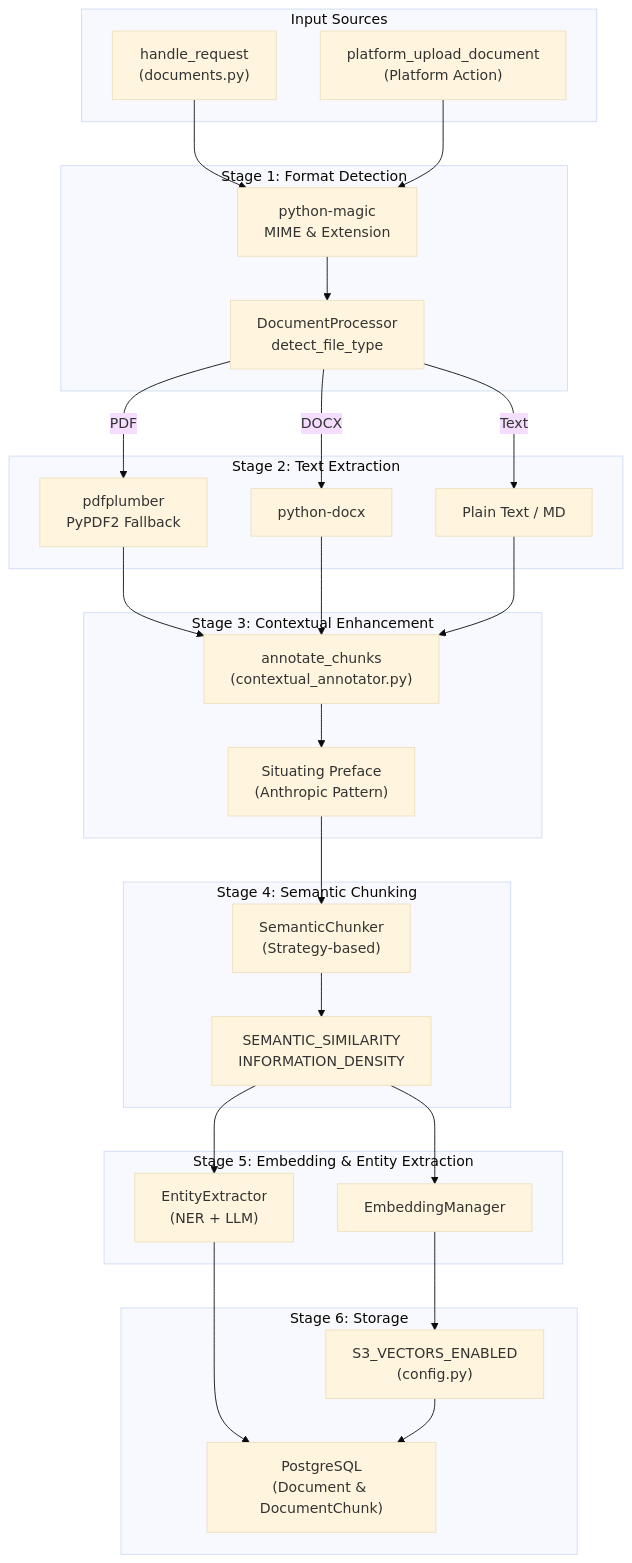
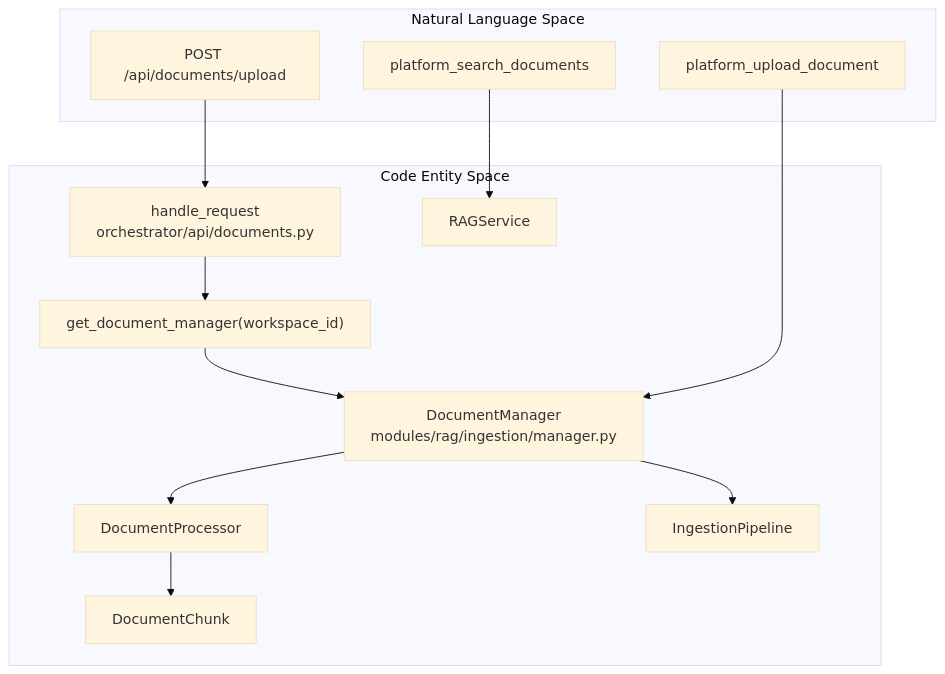
One commit to AutomatosAI/automatos-ai changed the first of 2 diagrams in docs/knowledge-base-rag/document-ingestion-pipeline.md. Above: the diagram before and after it, drawn with Mermaid (base theme). The commit also changed other lines of this file and 188 other files, not shown here.

First line of the commit message:
docs: refresh architecture docs and add coverage for new subsystems (#1416)

````diff
--- a/docs/knowledge-base-rag/document-ingestion-pipeline.md
+++ b/docs/knowledge-base-rag/document-ingestion-pipeline.md
@@ -41,61 +47,27 @@
 ```mermaid
 graph TB
-    subgraph "Input Sources"
-        Upload["handle_request<br/>(documents.py)"]
-        PlatformUpload["platform_upload_document<br/>(Platform Action)"]
-    end
-    
-    subgraph "Stage 1: Format Detection"
-        MagicDetect["python-magic<br/>MIME & Extension"]
-        FormatRoute["DocumentProcessor<br/>detect_file_type"]
-    end
-    
-    subgraph "Stage 2: Text Extraction"
-        PDFExtract["pdfplumber<br/>PyPDF2 Fallback"]
-        DOCXExtract["python-docx"]
-        TextExtract["Plain Text / MD"]
+    subgraph "Natural Language Space"
+        Upload["POST /api/documents/upload"]
+        AgentAction["platform_upload_document"]
+        SearchAction["platform_search_documents"]
     end
 
-    subgraph "Stage 3: Contextual Enhancement"
-        Annotator["annotate_chunks<br/>(contextual_annotator.py)"]
-        LLMAnnotate["Situating Preface<br/>(Anthropic Pattern)"]
+    subgraph "Code Entity Space"
+        Handler["handle_request<br/>orchestrator/api/documents.py"]
+        Factory["get_document_manager(workspace_id)"]
+        Manager["DocumentManager<br/>modules/rag/ingestion/manager.py"]
+        Processor["DocumentProcessor"]
+        Chunk["DocumentChunk"]
+        Pipeline["IngestionPipeline"]
+        RAG["RAGService"]
     end
-    
-    subgraph "Stage 4: Semantic Chunking"
-        SemanticChunker["SemanticChunker<br/>(Strategy-based)"]
-        Strategies["SEMANTIC_SIMILARITY<br/>INFORMATION_DENSITY"]
-    end
-    
-    subgraph "Stage 5: Embedding & Entity Extraction"
-        EmbedMgr["EmbeddingManager"]
-        EntityExt["EntityExtractor<br/>(NER + LLM)"]
-    end
-    
-    subgraph "Stage 6: Storage"
-        S3Vectors["S3_VECTORS_ENABLED<br/>(config.py)"]
-        PGMetadata["PostgreSQL<br/>(Document & DocumentChunk)"]
-    end
-    
-    Upload --> MagicDetect
-    PlatformUpload --> MagicDetect
-    MagicDetect --> FormatRoute
-    
-    FormatRoute -->|PDF| PDFExtract
-    FormatRoute -->|DOCX| DOCXExtract
-    FormatRoute -->|Text| TextExtract
-    
-    PDFExtract --> Annotator
-    DOCXExtract --> Annotator
-    TextExtract --> Annotator
 
-    Annotator --> LLMAnnotate
-    LLMAnnotate --> SemanticChunker
-    
-    SemanticChunker --> Strategies
-    Strategies --> EmbedMgr
-    Strategies --> EntityExt
-    
-    EmbedMgr --> S3Vectors
-    EntityExt --> PGMetadata
-    S3Vectors --> PGMetadata
+    Upload --> Handler
+    Handler --> Factory
+    Factory --> Manager
+    AgentAction --> Manager
+    Manager --> Processor
+    Processor --> Chunk
+    Manager --> Pipeline
+    SearchAction --> RAG
 ```
````
